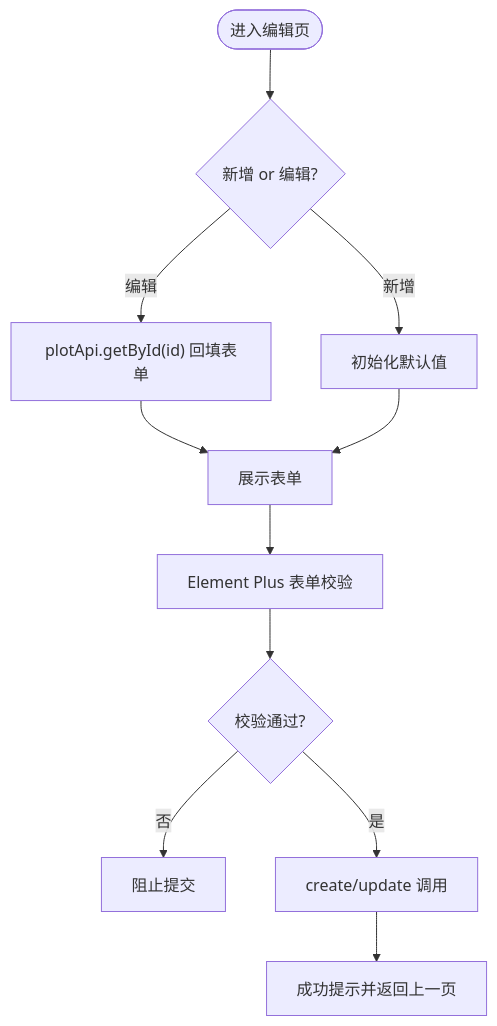
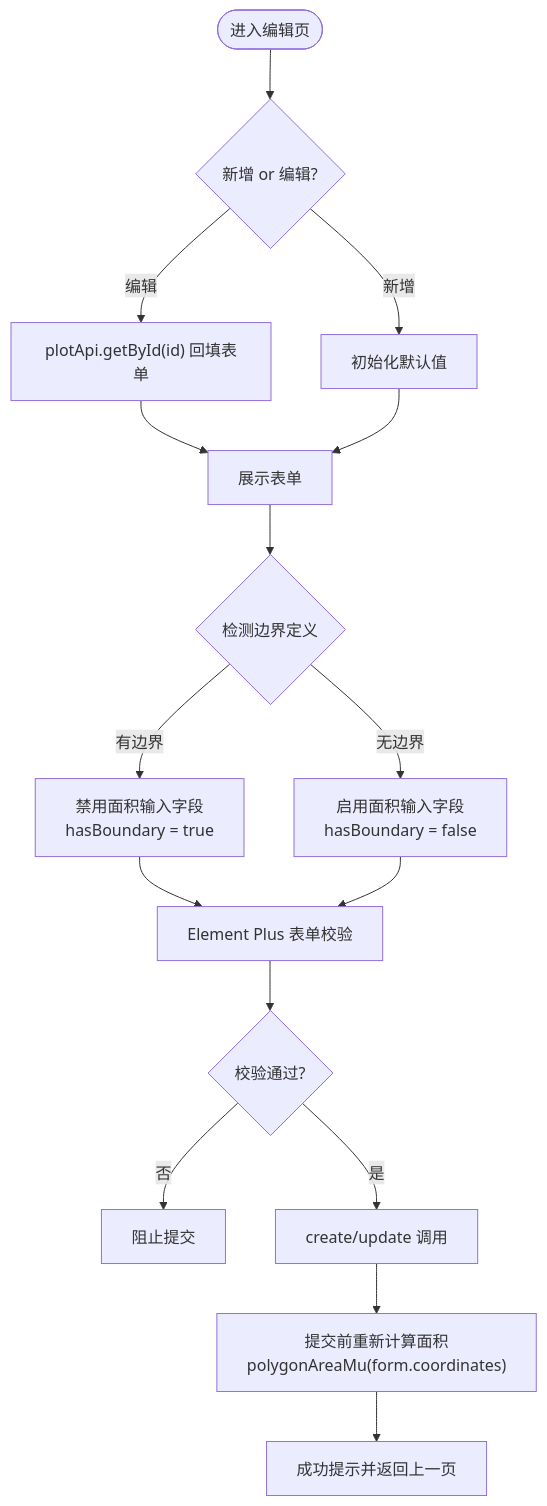
One commit to q446328246/agri-platform changed the fifth of 11 diagrams in .qoder/repowiki/zh/content/前端应用文档/核心页面/地块管理页面/地块管理页面.md. Above: the diagram before and after it, drawn with Mermaid. The commit also changed other lines of this file and 52 other files, not shown here.

````diff
--- a/.qoder/repowiki/zh/content/前端应用文档/核心页面/地块管理页面/地块管理页面.md
+++ b/.qoder/repowiki/zh/content/前端应用文档/核心页面/地块管理页面/地块管理页面.md
@@ -280,13 +302,18 @@
 ```mermaid
 flowchart TD
 Enter(["进入编辑页"]) --> Mode{"新增 or 编辑?"}
 Mode --> |编辑| Load["plotApi.getById(id) 回填表单"]
 Mode --> |新增| InitForm["初始化默认值"]
 Load --> ShowForm["展示表单"]
 InitForm --> ShowForm
-ShowForm --> Validate["Element Plus 表单校验"]
+ShowForm --> CheckBoundary{"检测边界定义"}
+CheckBoundary --> |有边界| DisableArea["禁用面积输入字段<br/>hasBoundary = true"]
+CheckBoundary --> |无边界| EnableArea["启用面积输入字段<br/>hasBoundary = false"]
+DisableArea --> Validate["Element Plus 表单校验"]
+EnableArea --> Validate
 Validate --> Valid{"校验通过?"}
 Valid --> |否| Stop["阻止提交"]
 Valid --> |是| Submit["create/update 调用"]
-Submit --> Success["成功提示并返回上一页"]
+Submit --> RecalcArea["提交前重新计算面积<br/>polygonAreaMu(form.coordinates)"]
+RecalcArea --> Success["成功提示并返回上一页"]
 ```
````
